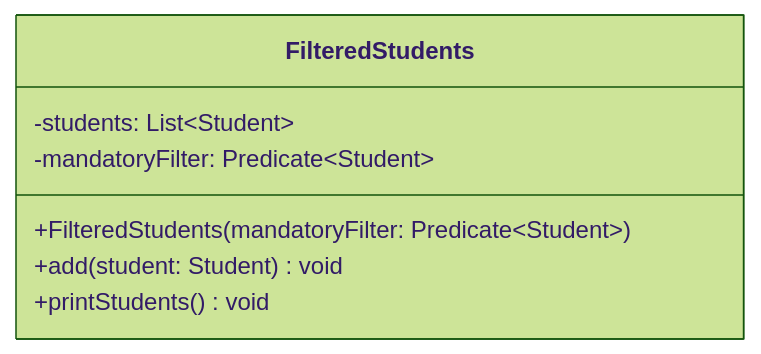
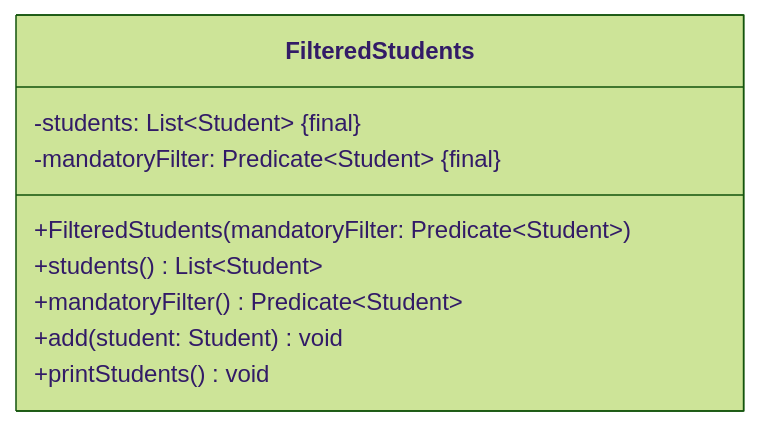
One commit to jappuccini/java-docs changed the diagram in docs/exercises/lambdas/lambdas02.mdx. Above: the diagram before and after it, drawn with Mermaid (forest theme). The commit also changed 33 other files, not shown here.

Commit message:
add final-property, change getter-description, change list- and map-declarations

````diff
--- a/docs/exercises/lambdas/lambdas02.mdx
+++ b/docs/exercises/lambdas/lambdas02.mdx
@@ -27,10 +27,12 @@
 ```mermaid
 classDiagram
     class FilteredStudents {
-        -students: List~Student~
-        -mandatoryFilter: Predicate~Student~
+        -students: List~Student~ &#123final&#125
+        -mandatoryFilter: Predicate~Student~ &#123final&#125
         +FilteredStudents(mandatoryFilter: Predicate~Student~)
+        +students() List~Student~
+        +mandatoryFilter() Predicate~Student~
         +add(student: Student) void
         +printStudents() void
     }
 ```
````
